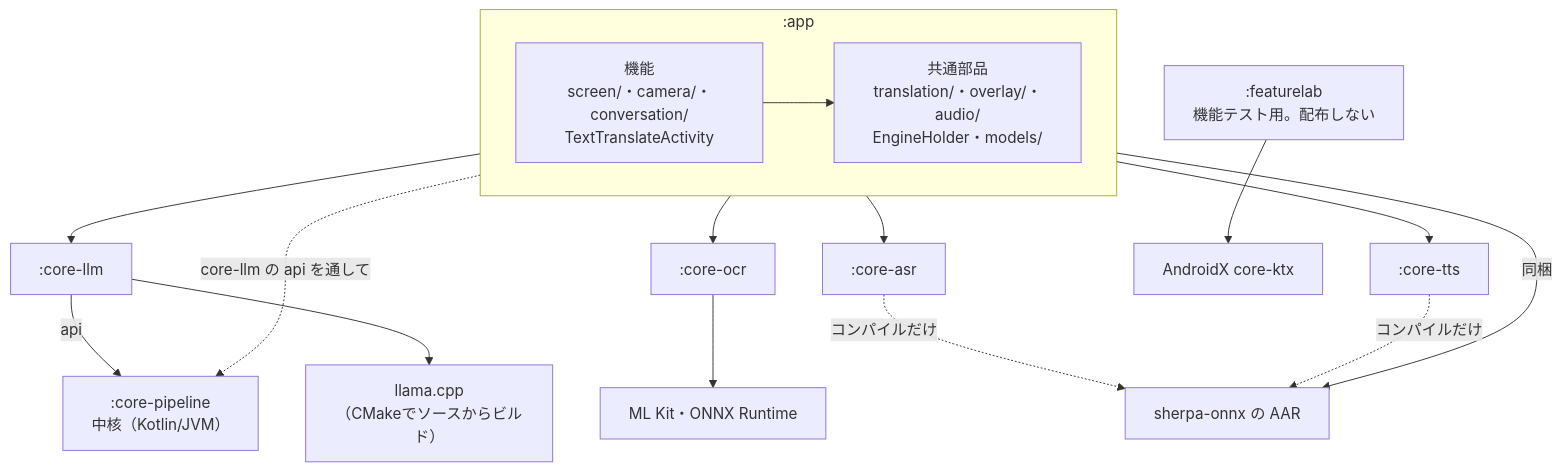
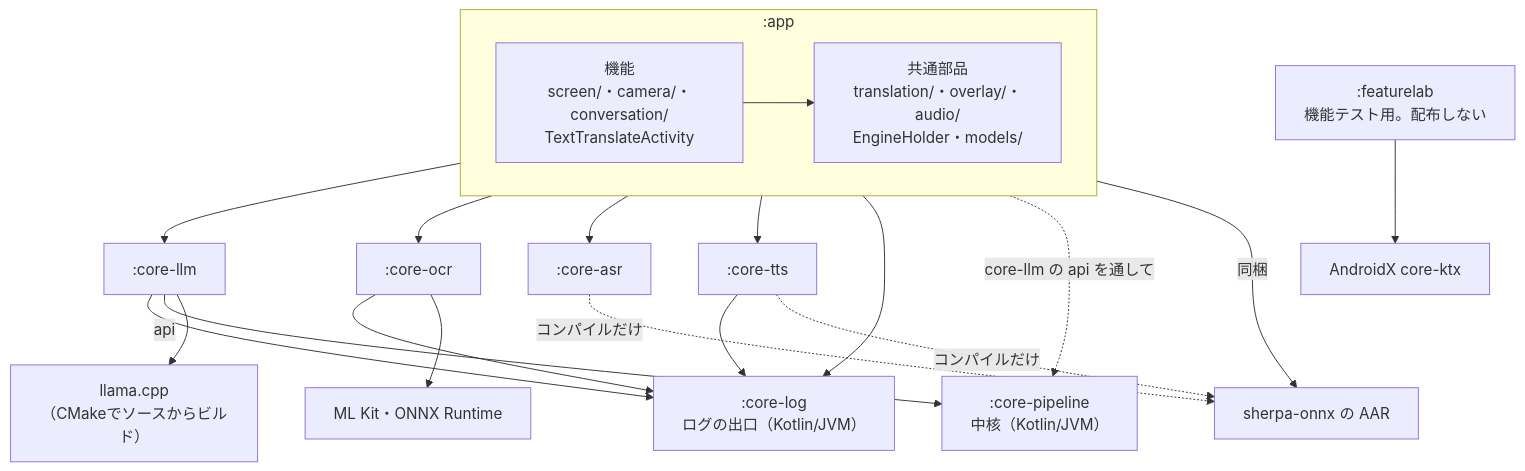
One commit to kagerouttepaso/PlamoTranslate changed the first of 5 diagrams in docs/設計/アーキテクチャ.md. Above: the diagram before and after it, drawn with Mermaid. The commit also changed other lines of this file and 48 other files, not shown here.

````diff
--- a/docs/設計/アーキテクチャ.md
+++ b/docs/設計/アーキテクチャ.md
@@ -51,22 +51,24 @@
 ```mermaid
 flowchart TB
   subgraph APP[":app"]
     FEAT["機能<br>screen/・camera/・conversation/<br>TextTranslateActivity"]
     SHARED["共通部品<br>translation/・overlay/・audio/<br>EngineHolder・models/"]
     FEAT --> SHARED
   end
   PIPE[":core-pipeline<br>中核（Kotlin/JVM）"]
   LLM[":core-llm"]
   OCR[":core-ocr"]
   ASR[":core-asr"]
   TTS[":core-tts"]
+  LOG[":core-log<br>ログの出口（Kotlin/JVM）"]
   LAB[":featurelab<br>機能テスト用。配布しない"]
   APP --> LLM & OCR & ASR & TTS
+  APP & LLM & OCR & TTS --> LOG
   APP -. core-llm の api を通して .-> PIPE
   LLM -- api --> PIPE
   LLM --> LLAMA["llama.cpp<br>（CMakeでソースからビルド）"]
   OCR --> MLK["ML Kit・ONNX Runtime"]
   ASR & TTS -. コンパイルだけ .-> SHE["sherpa-onnx の AAR"]
   APP -- 同梱 --> SHE
   LAB --> CORE["AndroidX core-ktx"]
 ```
````
